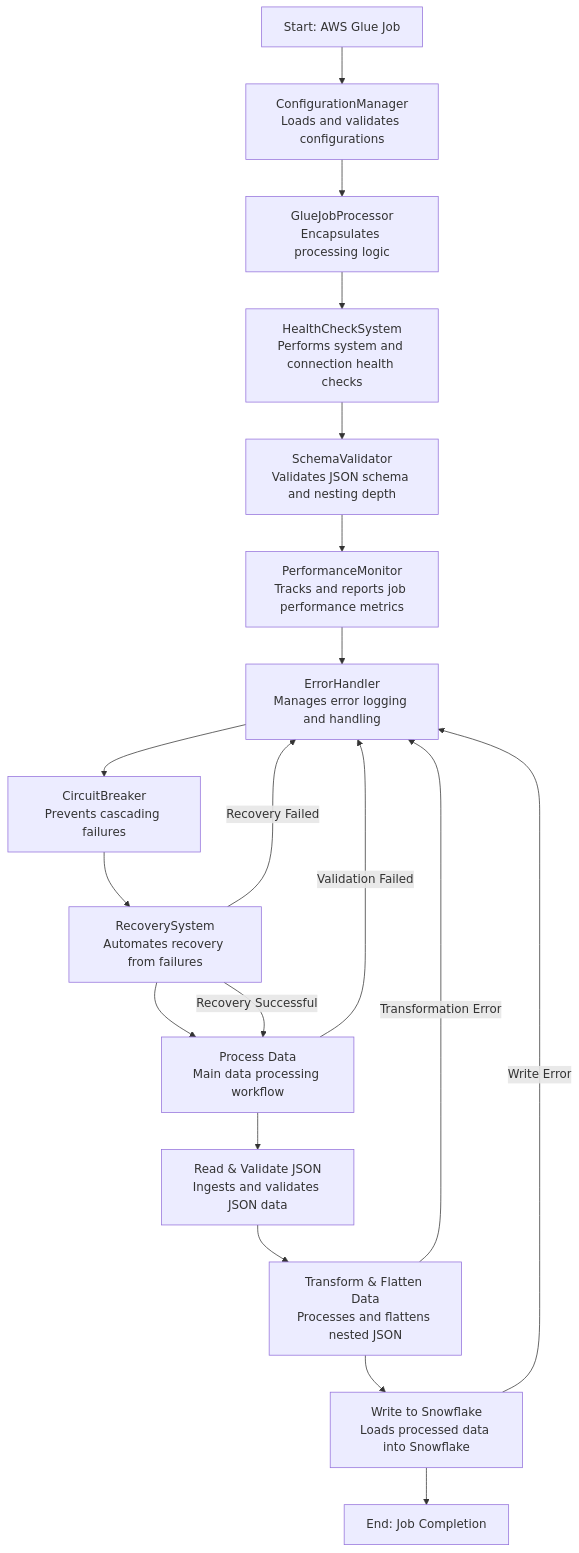
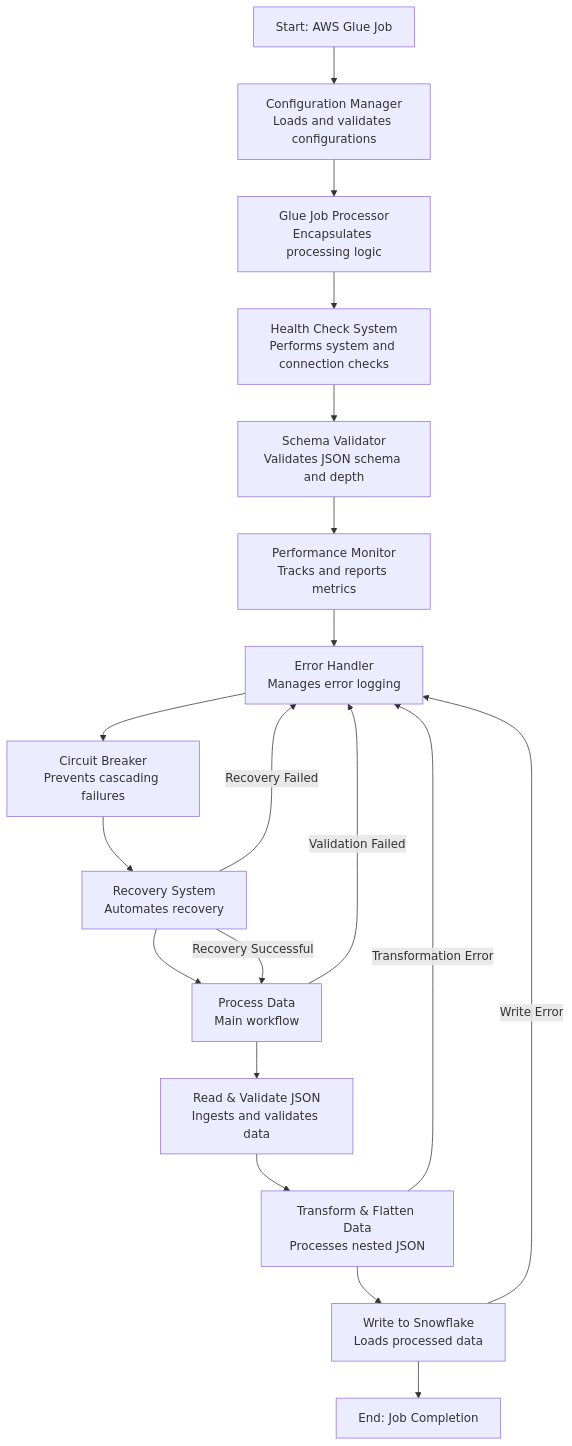
One commit to veronelazio/wezterm changed the second of 17 diagrams in mermaid.md. Above: the diagram before and after it, drawn with Mermaid. The commit also changed other lines of this file, not shown here.

````diff
--- a/mermaid.md
+++ b/mermaid.md
@@ -37,30 +29,23 @@
-``` mermaid
+```mermaid
 flowchart TD
-    %% Define main components with unique identifiers and descriptions
-    A[Start: AWS Glue Job] --> B[ConfigurationManager<br>Loads and validates configurations]
-    B --> C[GlueJobProcessor<br>Encapsulates processing logic]
-    C --> D[HealthCheckSystem<br>Performs system and connection health checks]
-    D --> E[SchemaValidator<br>Validates JSON schema and nesting depth]
-    E --> F[PerformanceMonitor<br>Tracks and reports job performance metrics]
-    F --> G[ErrorHandler<br>Manages error logging and handling]
-    G --> H[CircuitBreaker<br>Prevents cascading failures]
-    H --> I[RecoverySystem<br>Automates recovery from failures]
-    I --> J[Process Data<br>Main data processing workflow]
-    J --> K[Read & Validate JSON<br>Ingests and validates JSON data]
-    K --> L[Transform & Flatten Data<br>Processes and flattens nested JSON]
-    L --> M[Write to Snowflake<br>Loads processed data into Snowflake]
-    M --> N[End: Job Completion]
+    A["Start: AWS Glue Job"] --> B["Configuration Manager<br/>Loads and validates configurations"]
+    B --> C["Glue Job Processor<br/>Encapsulates processing logic"]
+    C --> D["Health Check System<br/>Performs system and connection checks"]
+    D --> E["Schema Validator<br/>Validates JSON schema and depth"]
+    E --> F["Performance Monitor<br/>Tracks and reports metrics"]
+    F --> G["Error Handler<br/>Manages error logging"]
+    G --> H["Circuit Breaker<br/>Prevents cascading failures"]
+    H --> I["Recovery System<br/>Automates recovery"]
+    I --> J["Process Data<br/>Main workflow"]
+    J --> K["Read & Validate JSON<br/>Ingests and validates data"]
+    K --> L["Transform & Flatten Data<br/>Processes nested JSON"]
+    L --> M["Write to Snowflake<br/>Loads processed data"]
+    M --> N["End: Job Completion"]
 
-    %% Define error handling paths
-    J -->|Validation Failed| G
-    L -->|Transformation Error| G
-    M -->|Write Error| G
+    J -->|"Validation Failed"| G
+    L -->|"Transformation Error"| G
+    M -->|"Write Error"| G
 
-    %% Define recovery paths
-    I -->|Recovery Successful| J
-    I -->|Recovery Failed| G
-
-    %% Styling (Black Text, No Background Colors)
-    %% No class definitions to ensure black text
-
+    I -->|"Recovery Successful"| J
+    I -->|"Recovery Failed"| G
 ```
````
